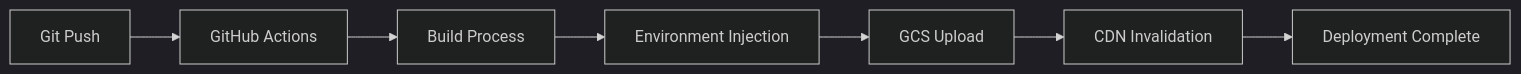
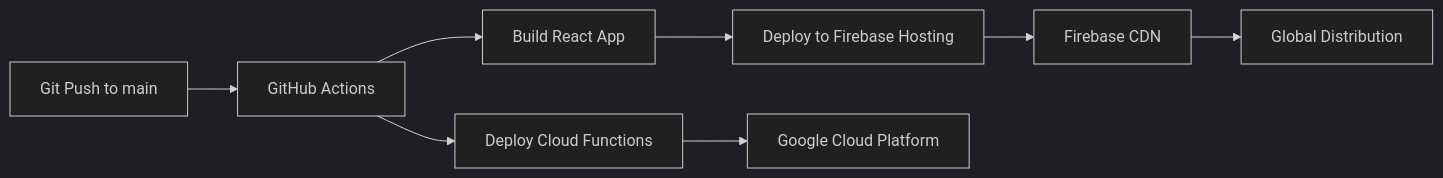
The sixth of 7 diagrams in ARCHITECTURE.md (Sudhan30/my-portfolio-website), drawn with Mermaid (dark theme) before and after one commit. The commit also changed other lines of this file, not shown here.

First line of the commit message:
Update ARCHITECTURE.md with Firebase Hosting and comprehensive OpenTelemetry documentation

````diff
--- a/ARCHITECTURE.md
+++ b/ARCHITECTURE.md
@@ -346,9 +484,10 @@
 ```mermaid
 graph LR
-    A[Git Push] --> B[GitHub Actions]
-    B --> C[Build Process]
-    C --> D[Environment Injection]
-    D --> E[GCS Upload]
-    E --> F[CDN Invalidation]
-    F --> G[Deployment Complete]
+    A[Git Push to main] --> B[GitHub Actions]
+    B --> C[Build React App]
+    C --> D[Deploy to Firebase Hosting]
+    B --> E[Deploy Cloud Functions]
+    E --> F[Google Cloud Platform]
+    D --> G[Firebase CDN]
+    G --> H[Global Distribution]
 ```
````
